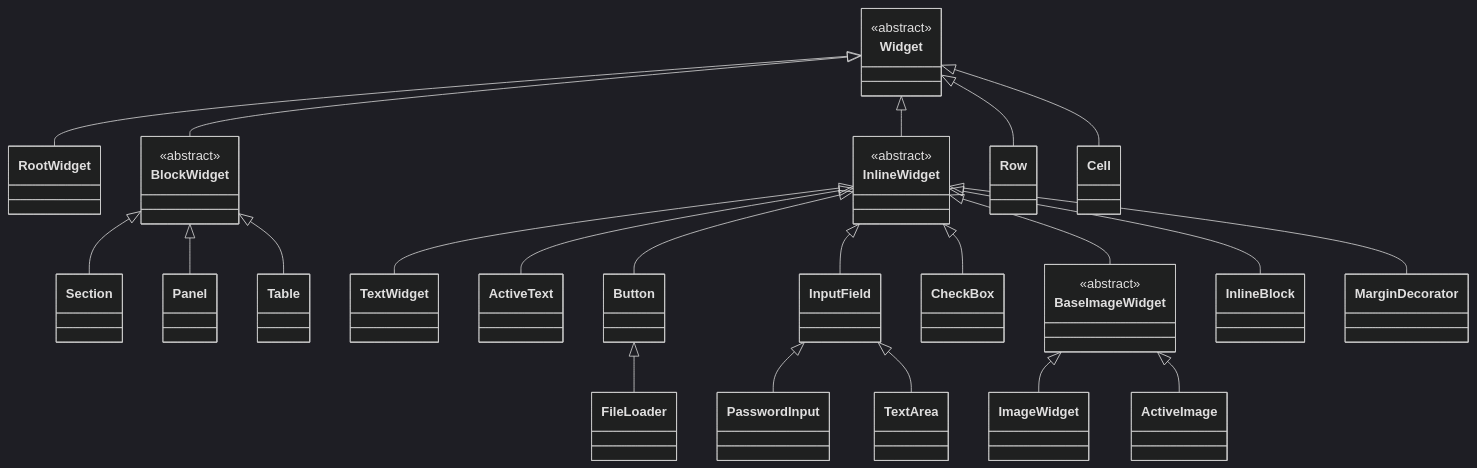
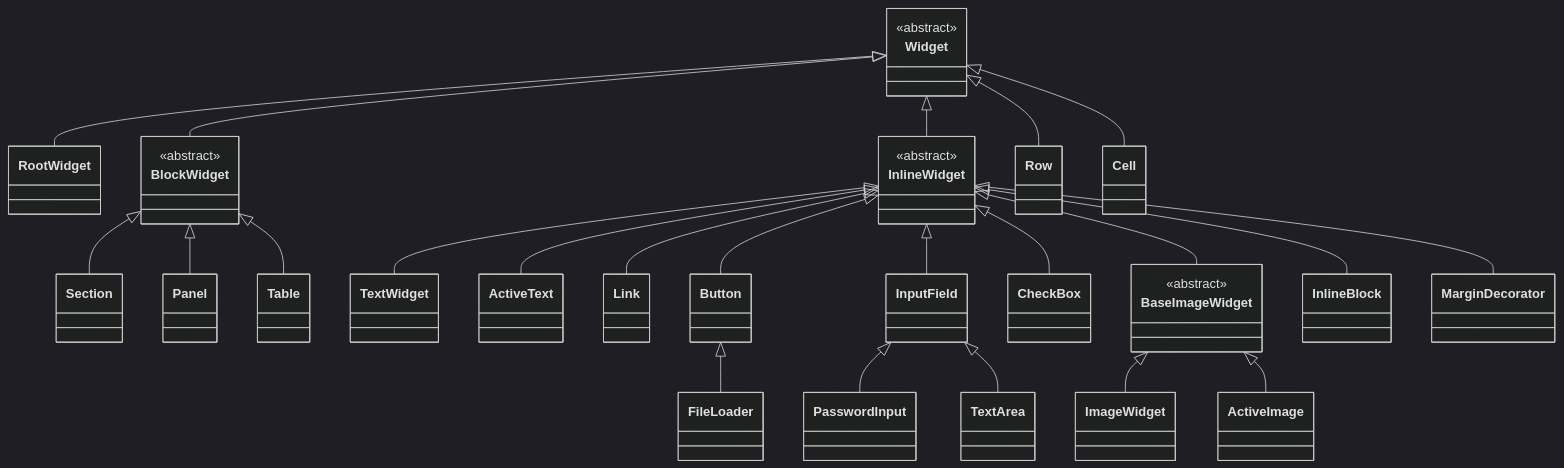
One commit to kniazkov/widgets changed the diagram in docs/WIDGETS.md. Above: the diagram before and after it, drawn with Mermaid (dark theme). The commit also changed other lines of this file and 12 other files, not shown here.

````diff
--- a/docs/WIDGETS.md
+++ b/docs/WIDGETS.md
@@ -14,42 +14,43 @@
 ```mermaid
 classDiagram
     direction TB
 
     class Widget {
         <<abstract>>
     }
     class BlockWidget {
         <<abstract>>
     }
     class InlineWidget {
         <<abstract>>
     }
     class BaseImageWidget {
         <<abstract>>
     }
 
     Widget <|-- RootWidget
     Widget <|-- BlockWidget
     Widget <|-- InlineWidget
     Widget <|-- Row
     Widget <|-- Cell
 
     BlockWidget <|-- Section
     BlockWidget <|-- Panel
     BlockWidget <|-- Table
 
     InlineWidget <|-- TextWidget
     InlineWidget <|-- ActiveText
+    InlineWidget <|-- Link
     InlineWidget <|-- Button
     InlineWidget <|-- InputField
     InlineWidget <|-- CheckBox
     InlineWidget <|-- BaseImageWidget
     InlineWidget <|-- InlineBlock
     InlineWidget <|-- MarginDecorator
 
     Button <|-- FileLoader
     InputField <|-- PasswordInput
     InputField <|-- TextArea
     BaseImageWidget <|-- ImageWidget
     BaseImageWidget <|-- ActiveImage
 ```
````
